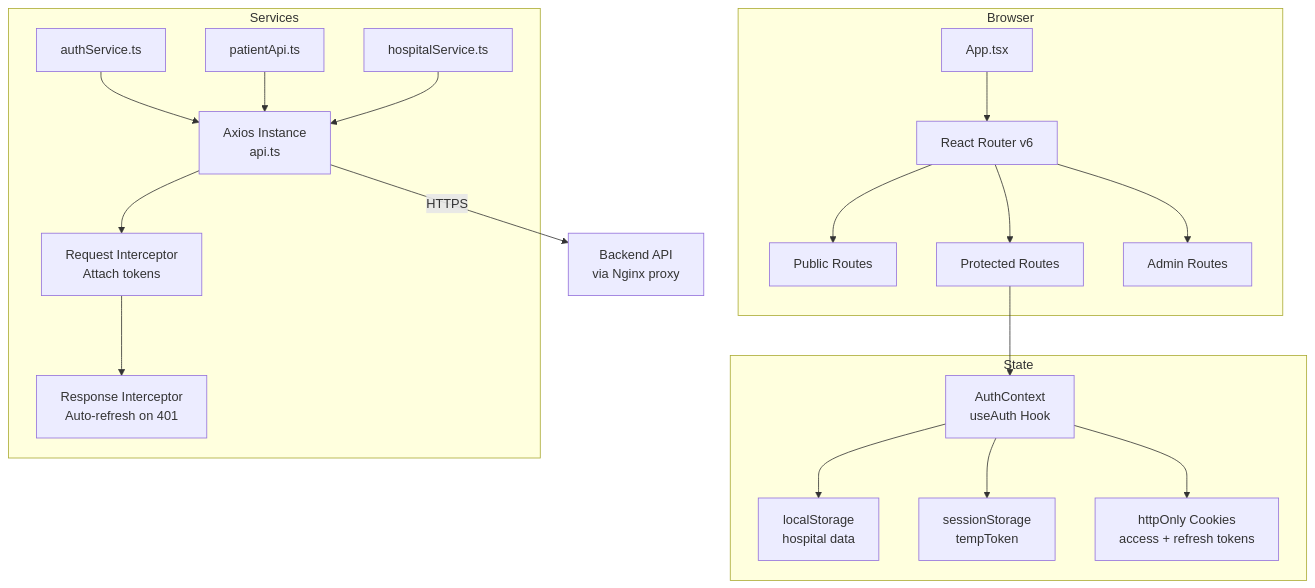
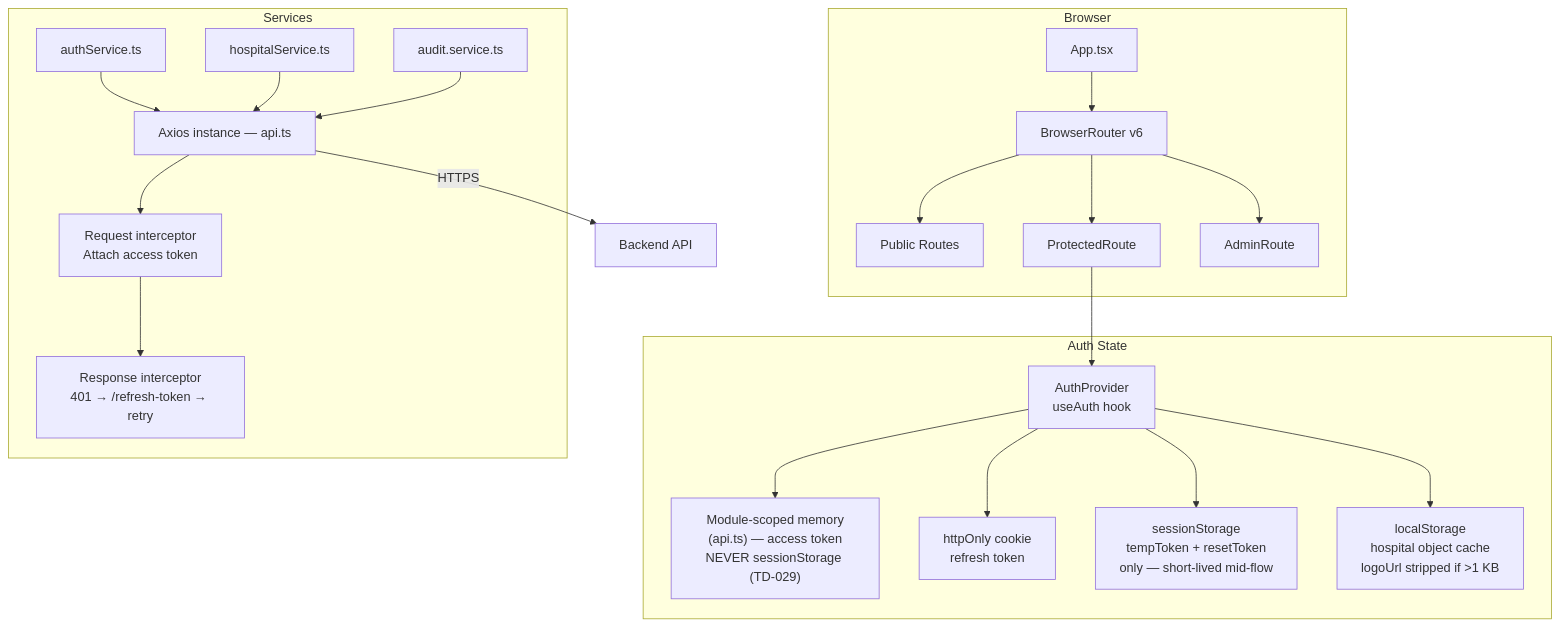
One commit to urvagandhi/Hospital-Management changed the first of 5 diagrams in frontend/README.md. Above: the diagram before and after it, drawn with Mermaid. The commit also changed other lines of this file and 5 other files, not shown here.

````diff
--- a/frontend/README.md
+++ b/frontend/README.md
@@ -9,29 +11,30 @@
 ```mermaid
 graph TB
     subgraph Browser
-        APP[App.tsx] --> ROUTER[React Router v6]
+        APP[App.tsx] --> ROUTER[BrowserRouter v6]
         ROUTER --> PUBLIC[Public Routes]
-        ROUTER --> PROTECTED[Protected Routes]
-        ROUTER --> ADMIN[Admin Routes]
+        ROUTER --> PROTECTED[ProtectedRoute]
+        ROUTER --> ADMIN[AdminRoute]
     end
 
-    subgraph State
-        AUTH_CTX[AuthContext<br/>useAuth Hook] --> LOCAL[localStorage<br/>hospital data]
-        AUTH_CTX --> SESSION[sessionStorage<br/>tempToken]
-        AUTH_CTX --> COOKIES[httpOnly Cookies<br/>access + refresh tokens]
+    subgraph "Auth State"
+        AUTH_CTX[AuthProvider<br/>useAuth hook] --> MEMORY["Module-scoped memory<br/>(api.ts) — access token<br/>NEVER sessionStorage (TD-029)"]
+        AUTH_CTX --> COOKIE[httpOnly cookie<br/>refresh token]
+        AUTH_CTX --> SESSION[sessionStorage<br/>tempToken + resetToken<br/>only — short-lived mid-flow]
+        AUTH_CTX --> LOCAL[localStorage<br/>hospital object cache<br/>logoUrl stripped if >1 KB]
     end
 
     subgraph Services
-        API[Axios Instance<br/>api.ts] --> INTERCEPT[Request Interceptor<br/>Attach tokens]
-        INTERCEPT --> REFRESH[Response Interceptor<br/>Auto-refresh on 401]
+        API[Axios instance — api.ts] --> REQ[Request interceptor<br/>Attach access token]
+        REQ --> RESP[Response interceptor<br/>401 → /refresh-token → retry]
         AUTH_SVC[authService.ts]
-        PAT_SVC[patientApi.ts]
         HOSP_SVC[hospitalService.ts]
+        AUDIT_SVC[audit.service.ts]
     end
 
     PROTECTED --> AUTH_CTX
     AUTH_SVC --> API
-    PAT_SVC --> API
     HOSP_SVC --> API
-    API -->|HTTPS| BACKEND[Backend API<br/>via Nginx proxy]
+    AUDIT_SVC --> API
+    API -->|HTTPS| BACKEND[Backend API]
 ```
````
